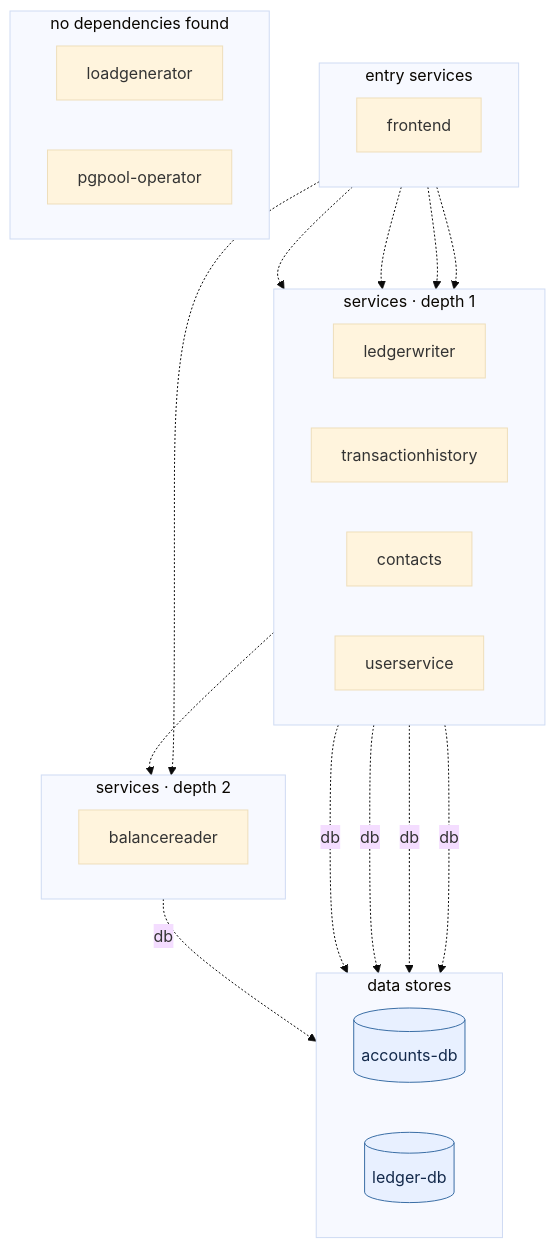
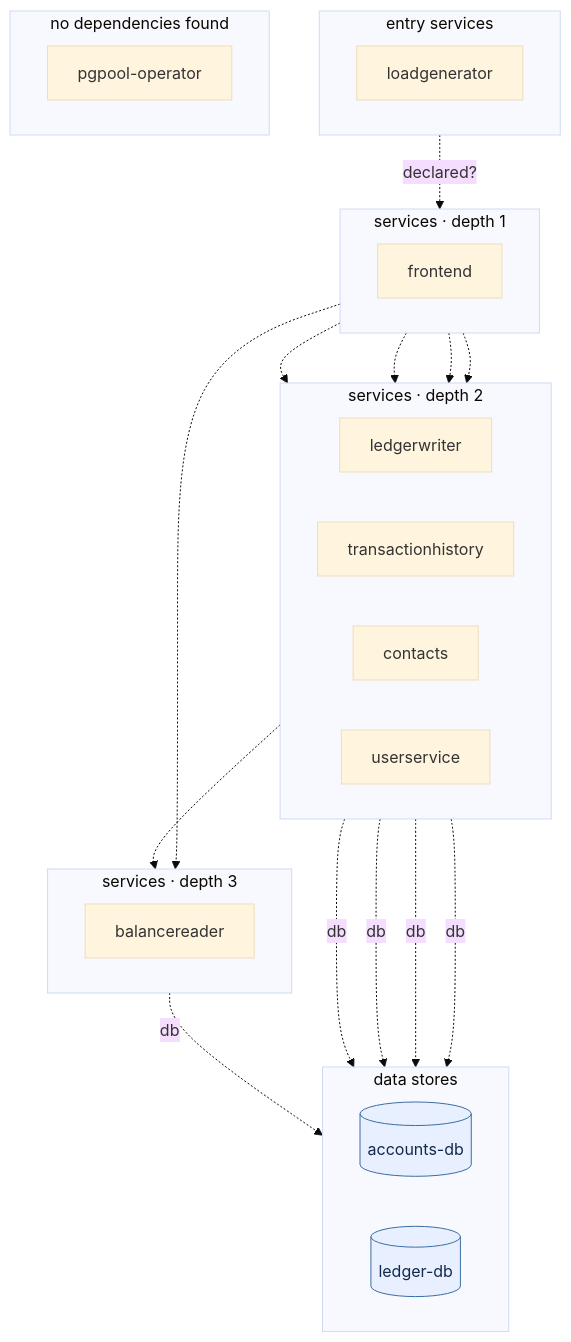
The diagram in docs/generalization/bank-of-anthos.mmd (ANYuu531/ChatOps4Msa-Pipeline), drawn with Mermaid (base theme) before and after one commit. The commit also changed 23 other files, not shown here.

```diff
--- a/docs/generalization/bank-of-anthos.mmd
+++ b/docs/generalization/bank-of-anthos.mmd
@@ -1,41 +1,45 @@
 flowchart TB
 %% DepWeaver — microservice dependency graph
 %% solid arrow = observed at runtime (Istio) · dashed = declared in code/doc only
 %% node shape: [service] ([gateway]) [(db)] {{queue}} [/external/]
   subgraph layer0 ["entry services"]
     direction LR
+    loadgenerator["loadgenerator"]
+  end
+  subgraph layer1 ["services · depth 1"]
+    direction LR
     frontend["frontend"]
   end
-  subgraph layer1 ["services · depth 1"]
+  subgraph layer2 ["services · depth 2"]
     direction LR
     ledgerwriter["ledgerwriter"]
     transactionhistory["transactionhistory"]
     contacts["contacts"]
     userservice["userservice"]
   end
-  subgraph layer2 ["services · depth 2"]
+  subgraph layer3 ["services · depth 3"]
     direction LR
     balancereader["balancereader"]
   end
-  subgraph layer3 ["data stores"]
+  subgraph layer4 ["data stores"]
     direction LR
     accounts_db[("accounts-db")]:::db
     ledger_db[("ledger-db")]:::db
   end
-  subgraph layer4 ["no dependencies found"]
+  subgraph layer5 ["no dependencies found"]
     direction LR
-    loadgenerator["loadgenerator"]
     pgpool_operator["pgpool-operator"]
   end
   ledgerwriter -.-> balancereader
   frontend -.-> ledgerwriter
   frontend -.-> userservice
   frontend -.-> balancereader
   frontend -.-> transactionhistory
   frontend -.-> contacts
   ledgerwriter -. db .-> ledger_db
   transactionhistory -. db .-> ledger_db
+  loadgenerator -. declared? .-> frontend
   balancereader -. db .-> ledger_db
   contacts -. db .-> accounts_db
   userservice -. db .-> accounts_db
 classDef db fill:#e8f0ff,stroke:#3a6ea5,color:#13294b;
```
